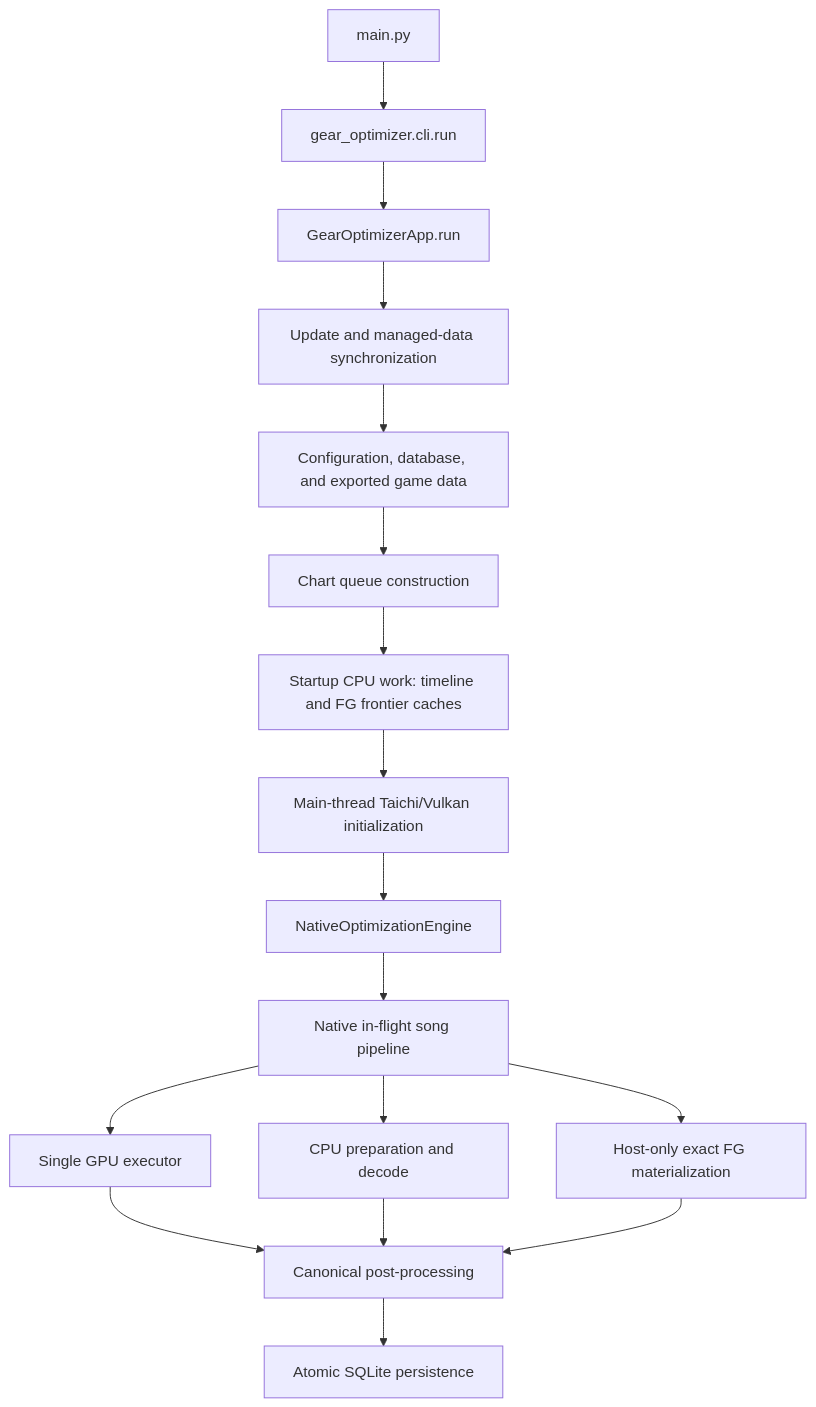
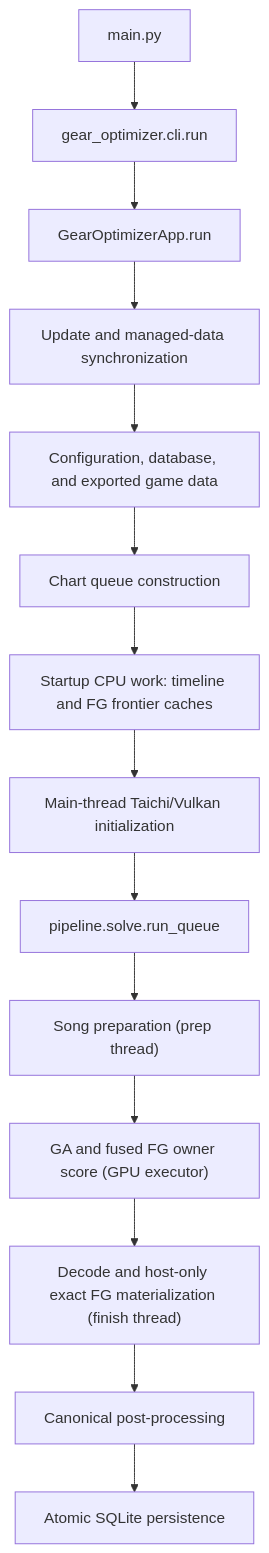
Before and after one commit to TheBaconactor/RoBeats-Calculator-Engine: the first of 3 diagrams in docs/ARCHITECTURE.md, drawn with Mermaid. The commit also changed other lines of this file and 32 other files, not shown here.

````diff
--- a/docs/ARCHITECTURE.md
+++ b/docs/ARCHITECTURE.md
@@ -22,19 +22,16 @@
 ```mermaid
 flowchart TD
     A["main.py"] --> B["gear_optimizer.cli.run"]
     B --> C["GearOptimizerApp.run"]
     C --> D["Update and managed-data synchronization"]
     D --> E["Configuration, database, and exported game data"]
     E --> F["Chart queue construction"]
     F --> G["Startup CPU work: timeline and FG frontier caches"]
     G --> H["Main-thread Taichi/Vulkan initialization"]
-    H --> I["NativeOptimizationEngine"]
-    I --> J["Native in-flight song pipeline"]
-    J --> K["Single GPU executor"]
-    J --> L["CPU preparation and decode"]
-    J --> M["Host-only exact FG materialization"]
-    K --> N["Canonical post-processing"]
-    L --> N
-    M --> N
+    H --> I["pipeline.solve.run_queue"]
+    I --> J["Song preparation (prep thread)"]
+    J --> K["GA and fused FG owner score (GPU executor)"]
+    K --> L["Decode and host-only exact FG materialization (finish thread)"]
+    L --> N["Canonical post-processing"]
     N --> O["Atomic SQLite persistence"]
 ```
````
